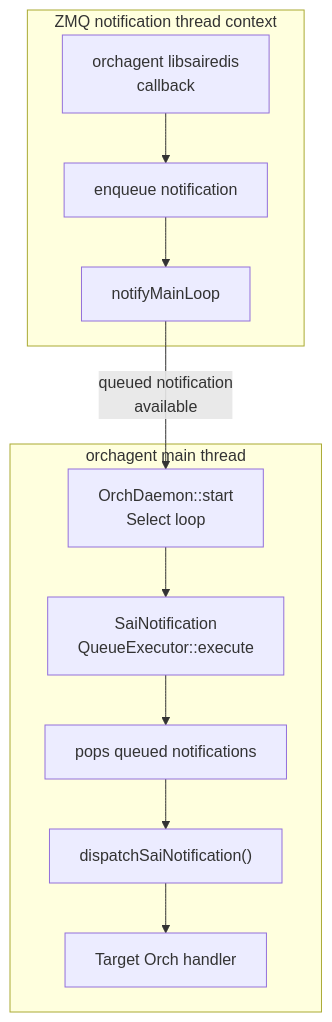
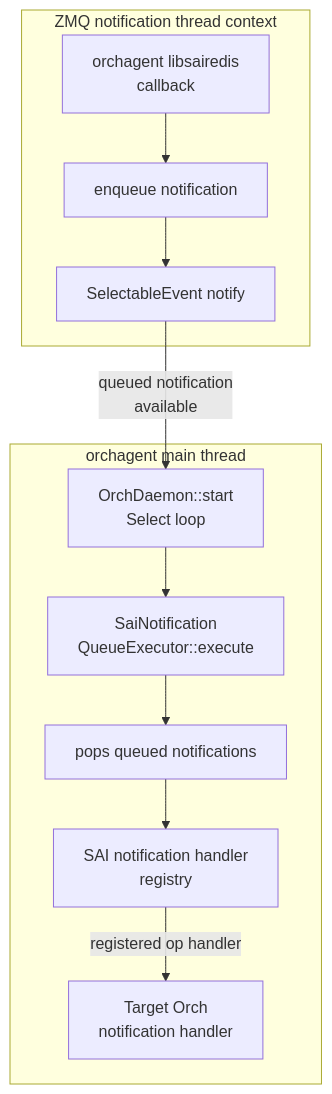
Before and after one commit to sonic-net/sonic-buildimage: the ninth of 11 diagrams in hld/zmq-southbound-sai-notification-handling.md, drawn with Mermaid. The commit also changed other lines of this file, not shown here.

First line of the commit message:
Update ZMQ SAI notification Option 3 HLD

````diff
--- a/hld/zmq-southbound-sai-notification-handling.md
+++ b/hld/zmq-southbound-sai-notification-handling.md
@@ -604,24 +634,24 @@
 ```mermaid
 flowchart TD
     subgraph zmqThreadContext["ZMQ notification thread context"]
         saiCallback["orchagent libsairedis<br/>callback"]
         enqueue["enqueue notification"]
-        notifyMainLoop["notifyMainLoop"]
+        selectableNotify["SelectableEvent notify"]
     end
 
     subgraph orchMainThread["orchagent main thread"]
         selectLoop["OrchDaemon::start<br/>Select loop"]
         queueExecutor["SaiNotification<br/>QueueExecutor::execute"]
         queueDrain["pops queued notifications"]
-        dispatcher["dispatchSaiNotification()"]
-        orchHandler["Target Orch handler"]
+        dispatcher["SAI notification handler<br/>registry"]
+        orchHandler["Target Orch<br/>notification handler"]
     end
 
     saiCallback --> enqueue
-    enqueue --> notifyMainLoop
-    notifyMainLoop -->|"queued notification<br/>available"| selectLoop
+    enqueue --> selectableNotify
+    selectableNotify -->|"queued notification<br/>available"| selectLoop
     selectLoop --> queueExecutor
     queueExecutor --> queueDrain
     queueDrain --> dispatcher
-    dispatcher --> orchHandler
+    dispatcher -->|"registered op handler"| orchHandler
 ```
````
